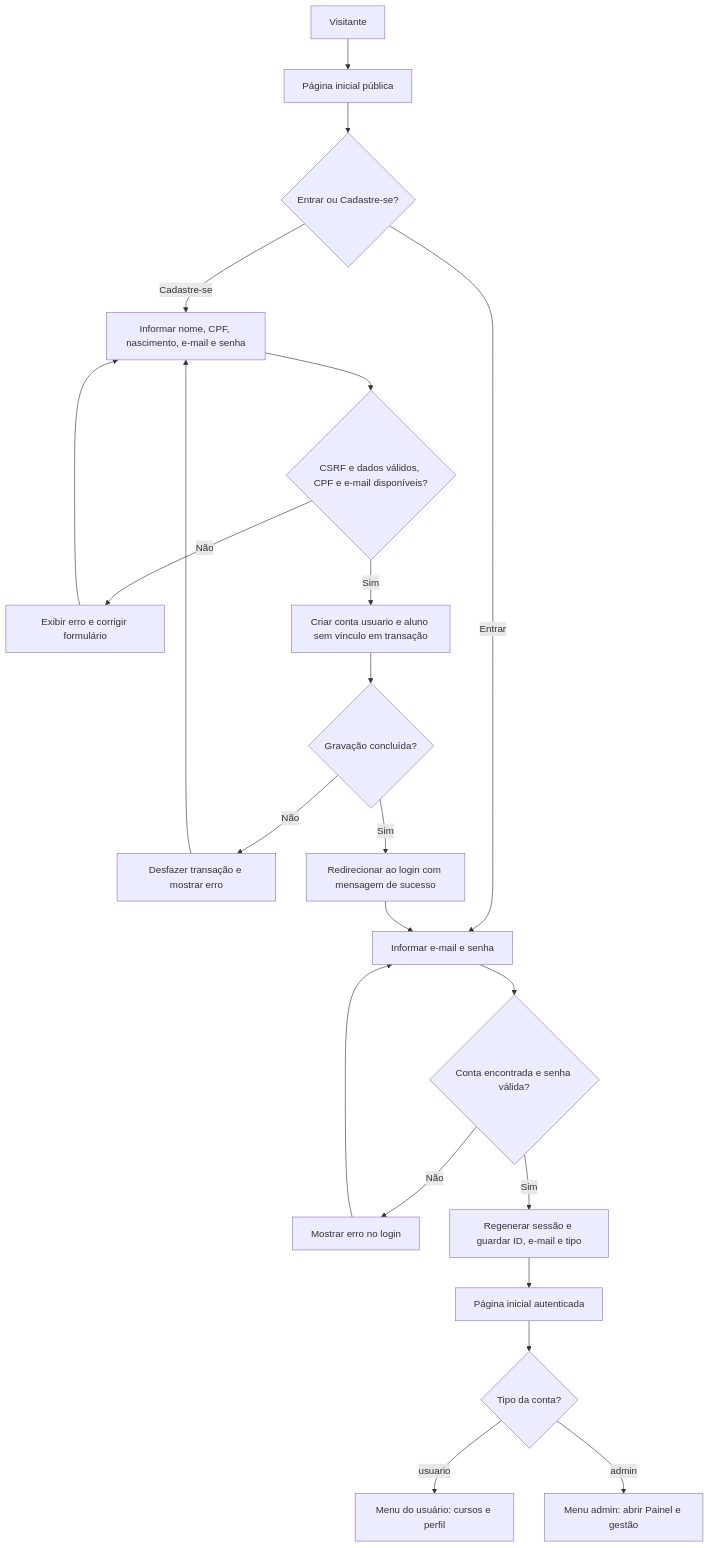
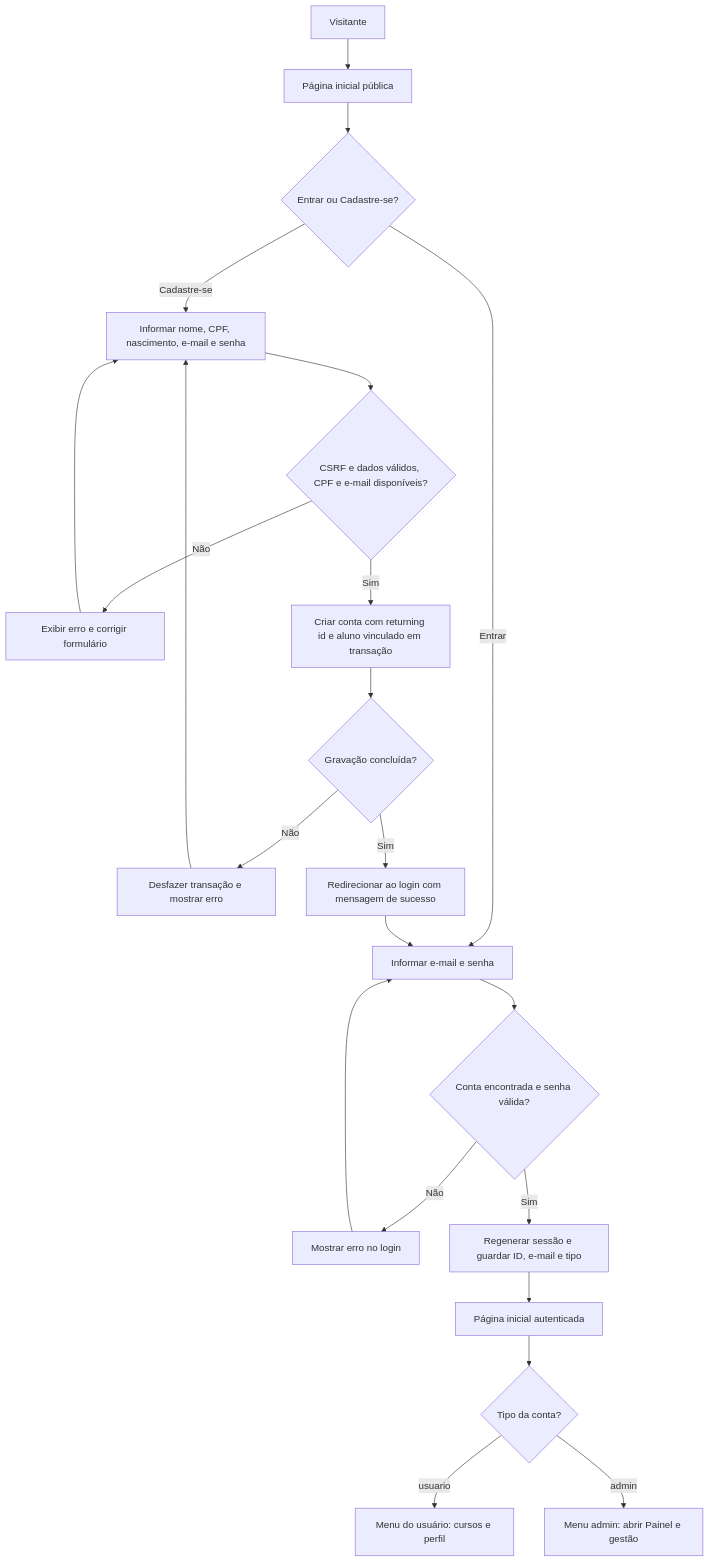
Before and after one commit to Matheus-Talasso-Gil/Impulsos-Cursos: the seventh of 13 diagrams in diagrama.md, drawn with Mermaid. The commit also changed other lines of this file and 26 other files, not shown here.

````diff
--- a/diagrama.md
+++ b/diagrama.md
@@ -184,24 +184,24 @@
 ```mermaid
 flowchart TD
     Visitante["Visitante"] --> Inicio["Página inicial pública"]
     Inicio --> Escolha{"Entrar ou Cadastre-se?"}
     Escolha -->|Entrar| Login["Informar e-mail e senha"]
     Login --> Credenciais{"Conta encontrada e senha válida?"}
     Credenciais -->|Não| ErroLogin["Mostrar erro no login"]
     ErroLogin --> Login
     Credenciais -->|Sim| Sessao["Regenerar sessão e guardar ID, e-mail e tipo"]
     Sessao --> Autenticado["Página inicial autenticada"]
     Autenticado --> Tipo{"Tipo da conta?"}
     Tipo -->|usuario| Usuario["Menu do usuário: cursos e perfil"]
     Tipo -->|admin| Admin["Menu admin: abrir Painel e gestão"]
     Escolha -->|Cadastre-se| Cadastro["Informar nome, CPF, nascimento, e-mail e senha"]
     Cadastro --> Validacao{"CSRF e dados válidos, CPF e e-mail disponíveis?"}
     Validacao -->|Não| ErroCadastro["Exibir erro e corrigir formulário"]
     ErroCadastro --> Cadastro
-    Validacao -->|Sim| Criar["Criar conta usuario e aluno sem vínculo em transação"]
+    Validacao -->|Sim| Criar["Criar conta com returning id e aluno vinculado em transação"]
     Criar --> Gravou{"Gravação concluída?"}
     Gravou -->|Não| Rollback["Desfazer transação e mostrar erro"]
     Rollback --> Cadastro
     Gravou -->|Sim| Redirecionar["Redirecionar ao login com mensagem de sucesso"]
     Redirecionar --> Login
 ```
````
